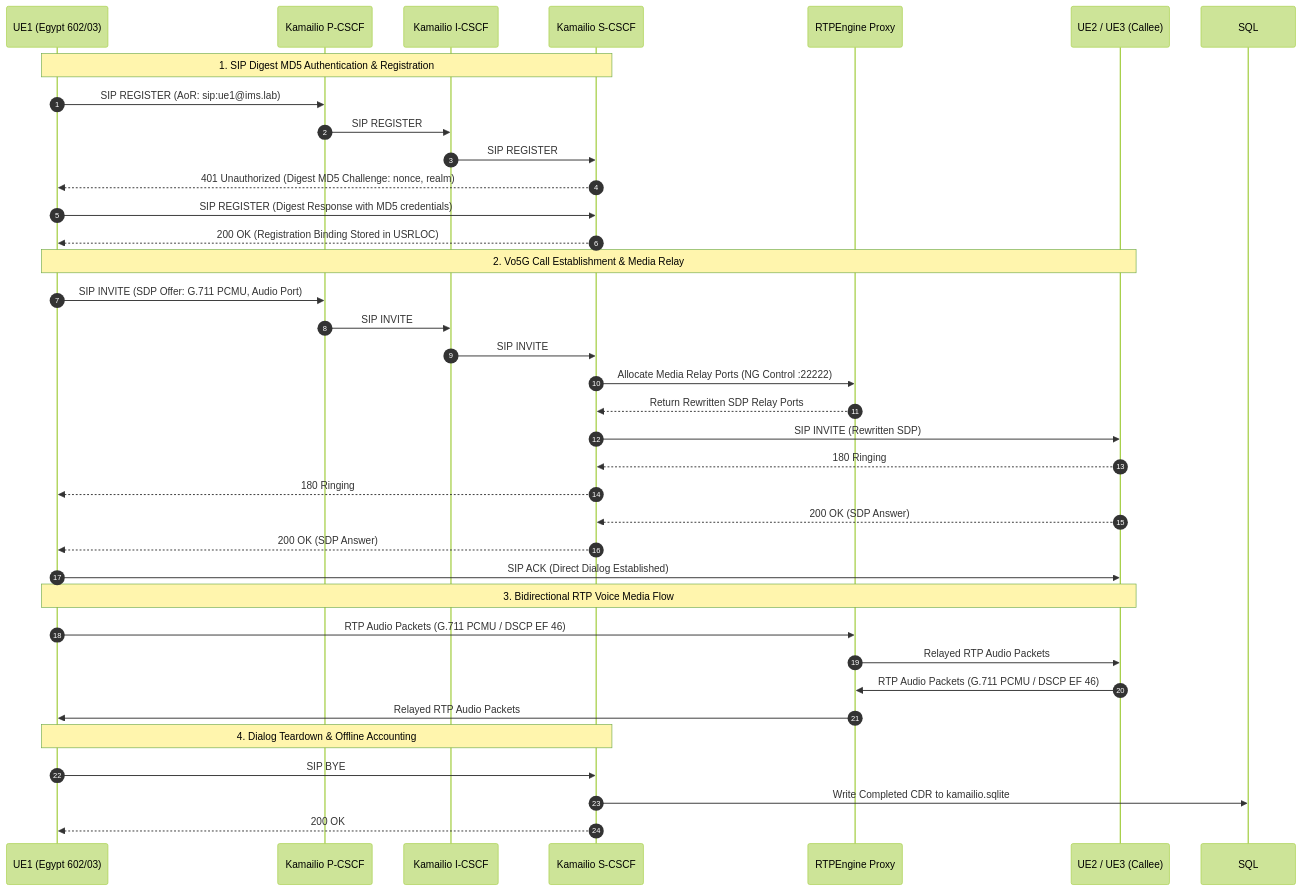
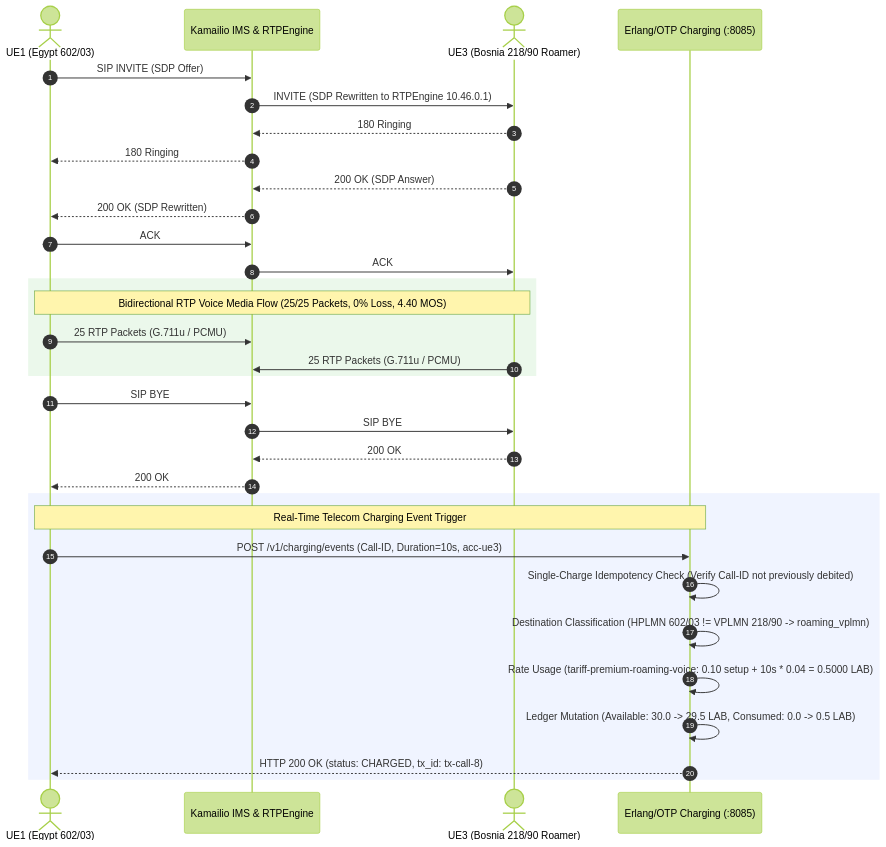
One commit to khattabpi/Open-Telecom-Lab changed the diagram in README.md. Above: the diagram before and after it, drawn with Mermaid (forest theme). The commit also changed other lines of this file, not shown here.

Commit message:
docs: finalize concise engineering-grade portfolio README for Phase 5.6 Erlang charging integration

````diff
--- a/README.md
+++ b/README.md
@@ -570,42 +61,38 @@
 ```mermaid
 sequenceDiagram
     autonumber
-    participant UE1 as UE1 (Egypt 602/03)
-    participant PCSCF as Kamailio P-CSCF
-    participant ICSCF as Kamailio I-CSCF
-    participant SCSCF as Kamailio S-CSCF
-    participant RTP as RTPEngine Proxy
-    participant UE2 as UE2 / UE3 (Callee)
+    actor Caller as UE1 (Egypt 602/03)
+    participant IMS as Kamailio IMS & RTPEngine
+    actor Callee as UE3 (Bosnia 218/90 Roamer)
+    participant Chg as Erlang/OTP Charging (:8085)
 
-    Note over UE1,SCSCF: 1. SIP Digest MD5 Authentication & Registration
-    UE1->>PCSCF: SIP REGISTER (AoR: sip:ue1@ims.lab)
-    PCSCF->>ICSCF: SIP REGISTER
-    ICSCF->>SCSCF: SIP REGISTER
-    SCSCF-->>UE1: 401 Unauthorized (Digest MD5 Challenge: nonce, realm)
-    UE1->>SCSCF: SIP REGISTER (Digest Response with MD5 credentials)
-    SCSCF-->>UE1: 200 OK (Registration Binding Stored in USRLOC)
+    Caller->>IMS: SIP INVITE (SDP Offer)
+    IMS->>Callee: INVITE (SDP Rewritten to RTPEngine 10.46.0.1)
+    Callee-->>IMS: 180 Ringing
+    IMS-->>Caller: 180 Ringing
+    Callee-->>IMS: 200 OK (SDP Answer)
+    IMS-->>Caller: 200 OK (SDP Rewritten)
+    Caller->>IMS: ACK
+    IMS->>Callee: ACK
 
-    Note over UE1,UE2: 2. Vo5G Call Establishment & Media Relay
-    UE1->>PCSCF: SIP INVITE (SDP Offer: G.711 PCMU, Audio Port)
-    PCSCF->>ICSCF: SIP INVITE
-    ICSCF->>SCSCF: SIP INVITE
-    SCSCF->>RTP: Allocate Media Relay Ports (NG Control :22222)
-    RTP-->>SCSCF: Return Rewritten SDP Relay Ports
-    SCSCF->>UE2: SIP INVITE (Rewritten SDP)
-    UE2-->>SCSCF: 180 Ringing
-    SCSCF-->>UE1: 180 Ringing
-    UE2-->>SCSCF: 200 OK (SDP Answer)
-    SCSCF-->>UE1: 200 OK (SDP Answer)
-    UE1->>UE2: SIP ACK (Direct Dialog Established)
+    rect rgb(235, 248, 235)
+        Note over Caller, Callee: Bidirectional RTP Voice Media Flow (25/25 Packets, 0% Loss, 4.40 MOS)
+        Caller->>IMS: 25 RTP Packets (G.711u / PCMU)
+        Callee->>IMS: 25 RTP Packets (G.711u / PCMU)
+    end
 
-    Note over UE1,UE2: 3. Bidirectional RTP Voice Media Flow
-    UE1->>RTP: RTP Audio Packets (G.711 PCMU / DSCP EF 46)
-    RTP->>UE2: Relayed RTP Audio Packets
-    UE2->>RTP: RTP Audio Packets (G.711 PCMU / DSCP EF 46)
-    RTP->>UE1: Relayed RTP Audio Packets
+    Caller->>IMS: SIP BYE
+    IMS->>Callee: SIP BYE
+    Callee-->>IMS: 200 OK
+    IMS-->>Caller: 200 OK
 
-    Note over UE1,SCSCF: 4. Dialog Teardown & Offline Accounting
-    UE1->>SCSCF: SIP BYE
-    SCSCF->>SQL: Write Completed CDR to kamailio.sqlite
-    SCSCF-->>UE1: 200 OK
+    rect rgb(240, 244, 255)
+        Note over Caller, Chg: Real-Time Telecom Charging Event Trigger
+        Caller->>Chg: POST /v1/charging/events (Call-ID, Duration=10s, acc-ue3)
+        Chg->>Chg: Single-Charge Idempotency Check (Verify Call-ID not previously debited)
+        Chg->>Chg: Destination Classification (HPLMN 602/03 != VPLMN 218/90 -> roaming_vplmn)
+        Chg->>Chg: Rate Usage (tariff-premium-roaming-voice: 0.10 setup + 10s * 0.04 = 0.5000 LAB)
+        Chg->>Chg: Ledger Mutation (Available: 30.0 -> 29.5 LAB, Consumed: 0.0 -> 0.5 LAB)
+        Chg-->>Caller: HTTP 200 OK (status: CHARGED, tx_id: tx-call-8)
+    end
 ```
````
